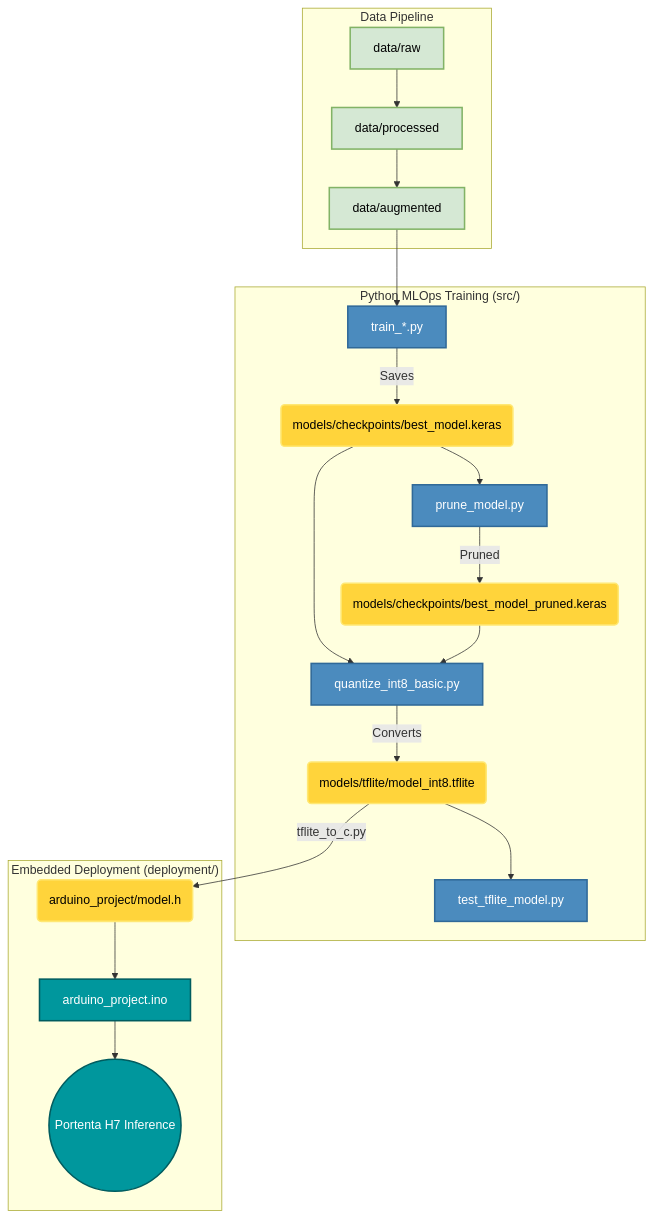
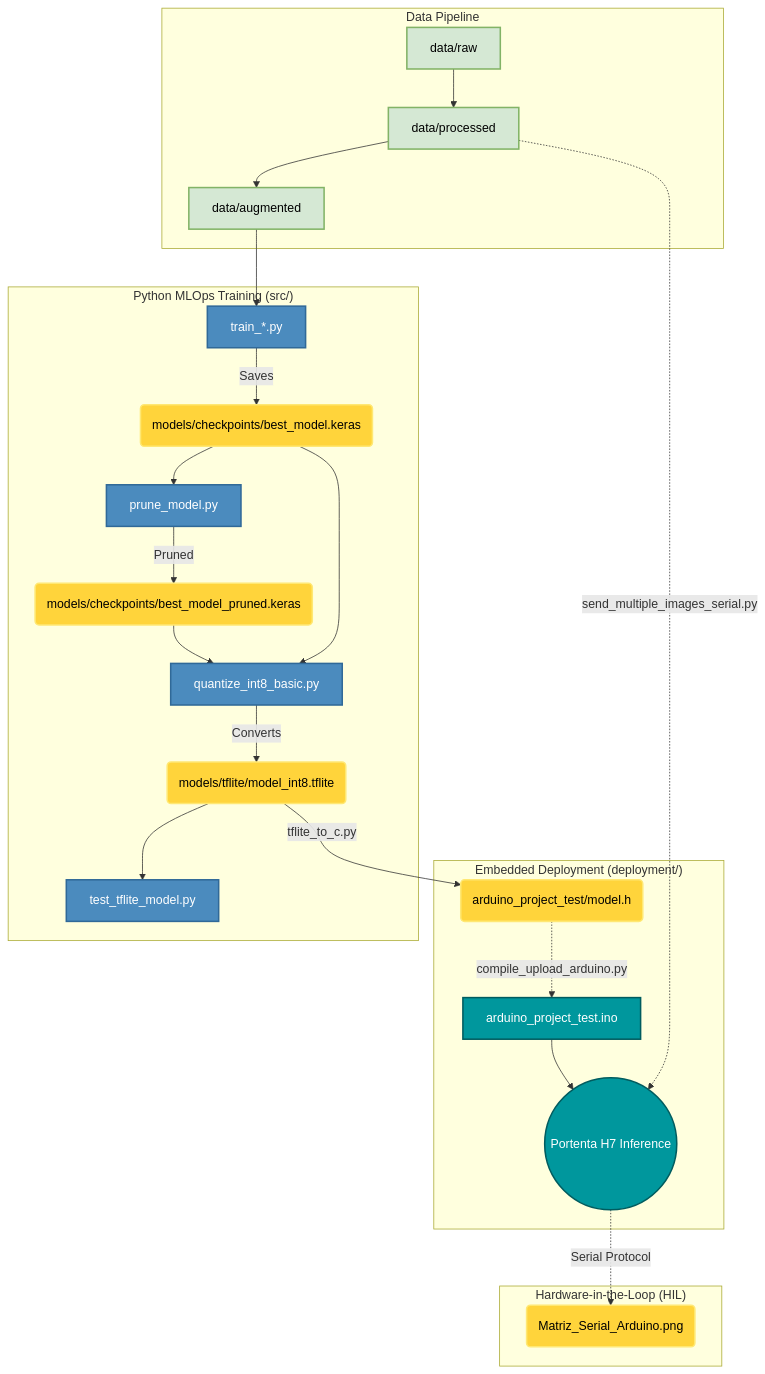
One commit to F4bian1012/Investigacion changed the diagram in README.md. Above: the diagram before and after it, drawn with Mermaid.

Commit message:
Update Mermaid architecture graph to include HIL evaluation and compile script

````diff
--- a/README.md
+++ b/README.md
@@ -30,31 +30,36 @@
 ```mermaid
 graph TD
     %% Styling
     classDef default fill:#f9f9f9,stroke:#333,stroke-width:2px,color:#000;
     classDef data fill:#D5E8D4,stroke:#82B366,stroke-width:2px,color:#000;
     classDef python fill:#4B8BBE,stroke:#306998,stroke-width:2px,color:#fff;
     classDef hardware fill:#00979D,stroke:#005C5F,stroke-width:2px,color:#fff;
     classDef artifact fill:#FFD43B,stroke:#FFE873,stroke-width:2px,color:#000;
 
     subgraph "Data Pipeline"
         RAW[data/raw]:::data --> PROC[data/processed]:::data
         PROC --> AUG[data/augmented]:::data
     end
 
     subgraph "Python MLOps Training (src/)"
         AUG --> TRAIN[train_*.py]:::python
         TRAIN -->|Saves| KERAS(models/checkpoints/best_model.keras):::artifact
         KERAS --> PRUNE[prune_model.py]:::python
         PRUNE -->|Pruned| KERAS_PRUNED(models/checkpoints/best_model_pruned.keras):::artifact
         KERAS --> OPT[quantize_int8_basic.py]:::python
         KERAS_PRUNED --> OPT
         OPT -->|Converts| TFLITE(models/tflite/model_int8.tflite):::artifact
         TFLITE --> EVAL[test_tflite_model.py]:::python
     end
 
     subgraph "Embedded Deployment (deployment/)"
-        TFLITE -->|tflite_to_c.py| HEADER(arduino_project/model.h):::artifact
-        HEADER --> C_ENGINE[arduino_project.ino]:::hardware
+        TFLITE -->|tflite_to_c.py| HEADER(arduino_project_test/model.h):::artifact
+        HEADER -.->|compile_upload_arduino.py| C_ENGINE[arduino_project_test.ino]:::hardware
         C_ENGINE --> INFERENCE((Portenta H7 Inference)):::hardware
     end
+
+    subgraph "Hardware-in-the-Loop (HIL)"
+        PROC -.->|send_multiple_images_serial.py| INFERENCE
+        INFERENCE -.->|Serial Protocol| CM_PLOT(Matriz_Serial_Arduino.png):::artifact
+    end
 ```
````
